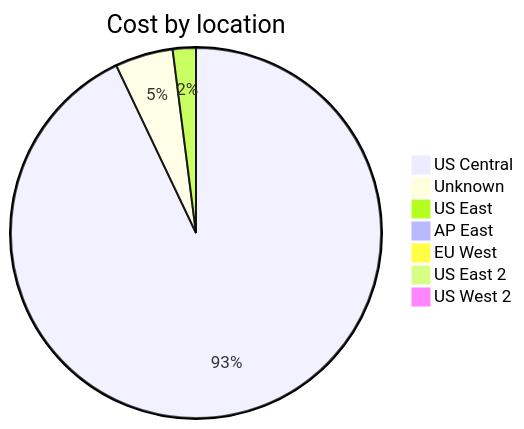
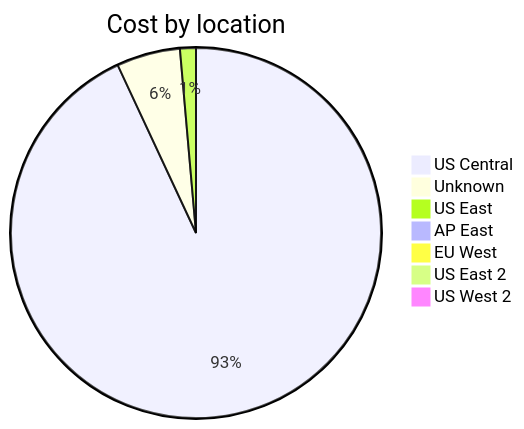
One commit to jpfulton/azure-personal-reports changed the third of 4 diagrams in cost-reports/accumulated-cost.md. Above: the diagram before and after it, drawn with Mermaid. The commit also changed other lines of this file and 4 other files, not shown here.

````diff
--- a/cost-reports/accumulated-cost.md
+++ b/cost-reports/accumulated-cost.md
@@ -119,11 +119,11 @@
 ```mermaid
 pie
    title Cost by location
-   "US Central" : 0.92
-   "Unknown" : 0.05
+   "US Central" : 1.34
+   "Unknown" : 0.08
    "US East" : 0.02
    "AP East" : 0.00
    "EU West" : 0.00
    "US East 2" : 0.00
    "US West 2" : 0.00
 ```
````
